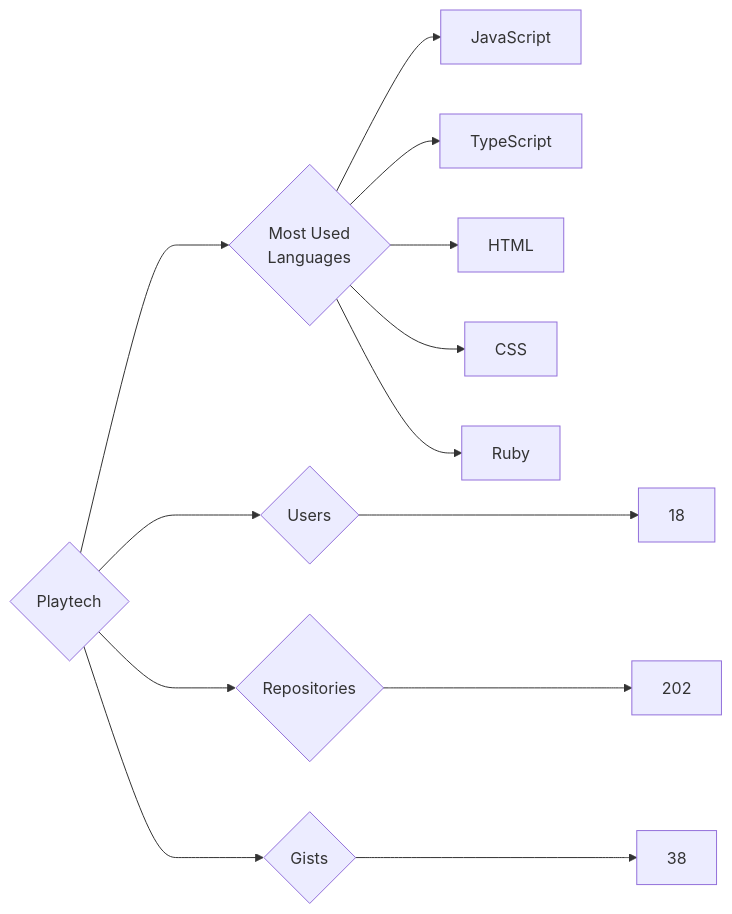
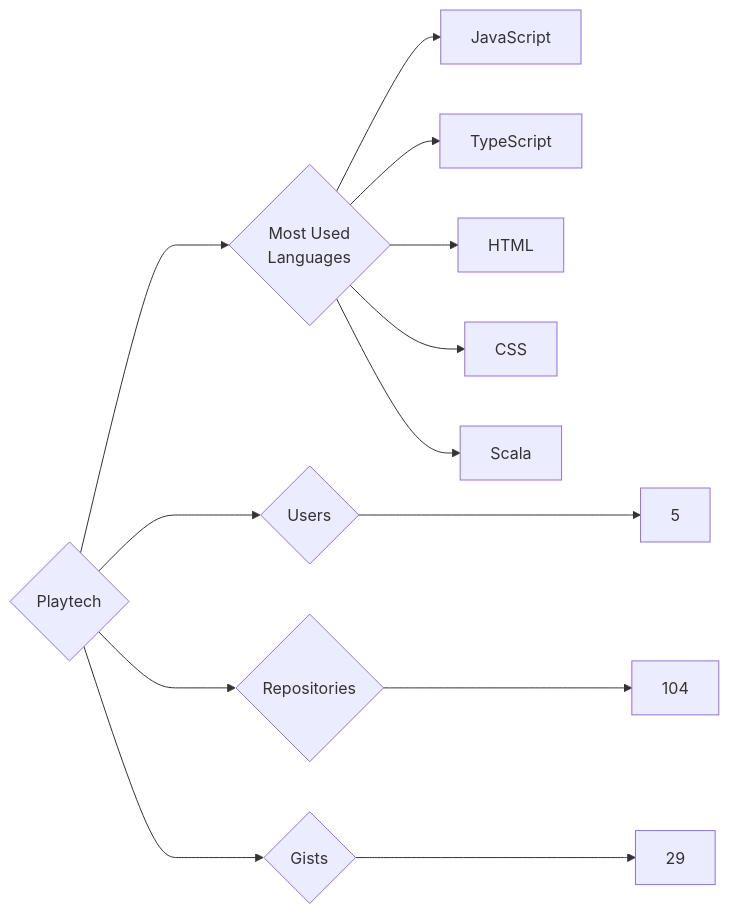
Before and after one commit to trickest/insiders: the diagram in targets/Playtech/README.md, drawn with Mermaid. The commit also changed 797 other files, not shown here.

````diff
--- a/targets/Playtech/README.md
+++ b/targets/Playtech/README.md
@@ -3,13 +3,13 @@
 ```mermaid
 graph LR
 COMPANY_NAME{Playtech}
-COMPANY_NAME ---> U{Users} ---> UN[18]
-COMPANY_NAME ---> R{Repositories} ---> RN[202]
-COMPANY_NAME ---> G{Gists} ---> GN[38]
+COMPANY_NAME ---> U{Users} ---> UN[5]
+COMPANY_NAME ---> R{Repositories} ---> RN[104]
+COMPANY_NAME ---> G{Gists} ---> GN[29]
 COMPANY_NAME ---> ML{Most Used<br>Languages}
 ML --> JavaScript[JavaScript]
 ML --> TypeScript[TypeScript]
 ML --> HTML[HTML]
 ML --> CSS[CSS]
-ML --> Ruby[Ruby]
+ML --> Scala[Scala]
 ```
````
